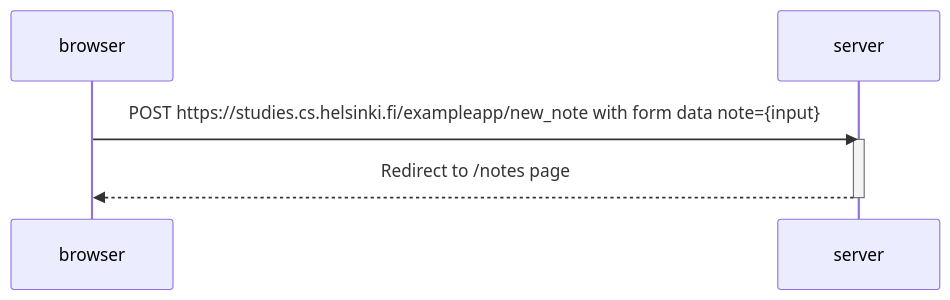
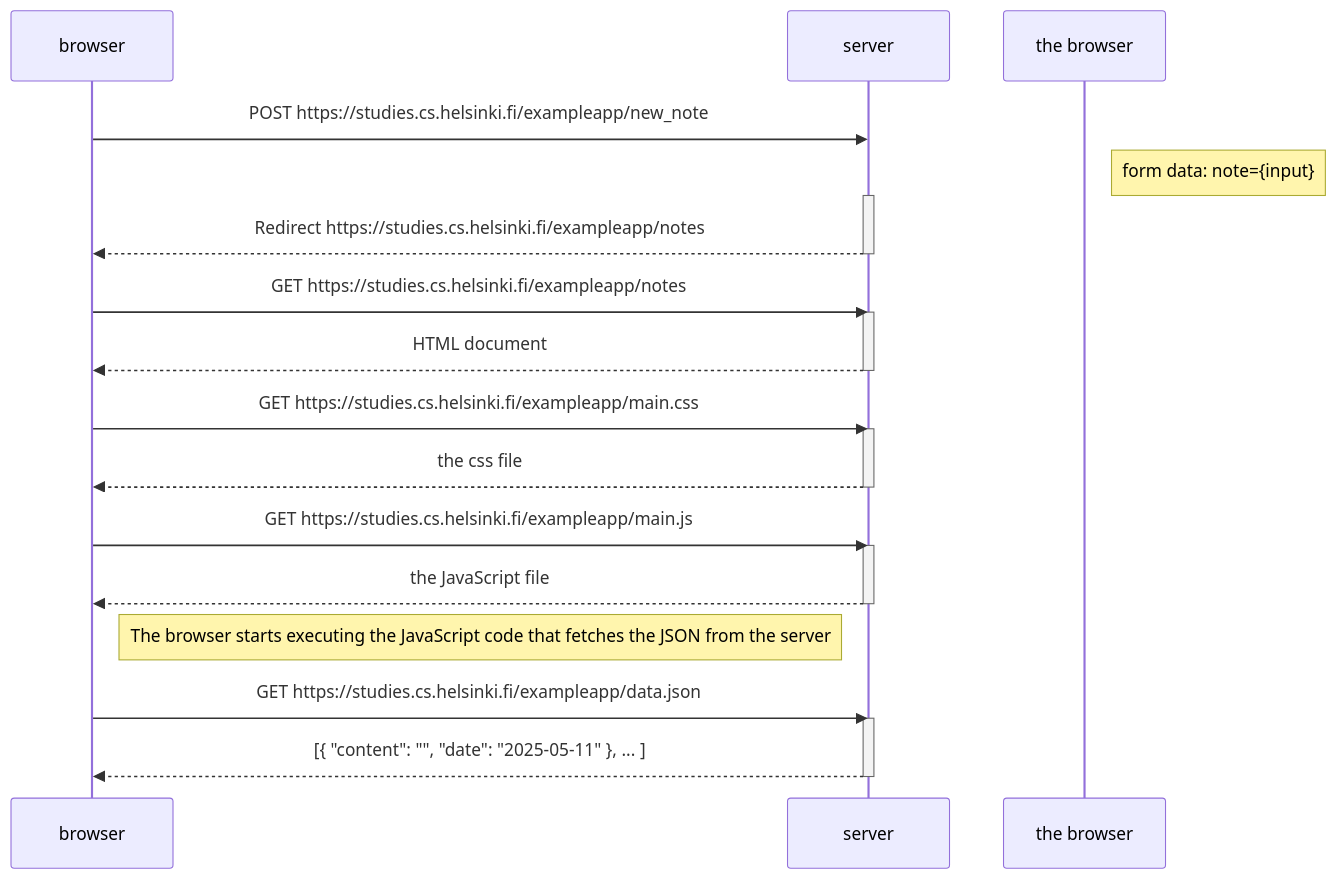
Before and after one commit to ichts/fullstackopen: the diagram in part0/ex-4.md, drawn with Mermaid.

Commit message:
make create new note sequence diagram

````diff
--- a/part0/ex-4.md
+++ b/part0/ex-4.md
@@ -1,10 +1,33 @@
 ```mermaid
 sequenceDiagram
   participant browser
   participant server
 
-  browser->>server: POST https://studies.cs.helsinki.fi/exampleapp/new_note with form data note={input}
+  browser->>server: POST https://studies.cs.helsinki.fi/exampleapp/new_note
+  Note right of the browser: form data: note={input}
   activate server
-  server-->>browser: Redirect to /notes page
+  server-->>browser: Redirect https://studies.cs.helsinki.fi/exampleapp/notes
+  deactivate server
+
+  browser->>server: GET https://studies.cs.helsinki.fi/exampleapp/notes
+  activate server
+  server-->>browser: HTML document
+  deactivate server
+
+  browser->>server: GET https://studies.cs.helsinki.fi/exampleapp/main.css
+  activate server
+  server-->>browser: the css file
+  deactivate server
+
+  browser->>server: GET https://studies.cs.helsinki.fi/exampleapp/main.js
+  activate server
+  server-->>browser: the JavaScript file
+  deactivate server
+
+  Note right of browser: The browser starts executing the JavaScript code that fetches the JSON from the server
+
+  browser->>server: GET https://studies.cs.helsinki.fi/exampleapp/data.json
+  activate server
+  server-->>browser: [{ "content": "", "date": "2025-05-11" }, ... ]
   deactivate server
 ```
````
